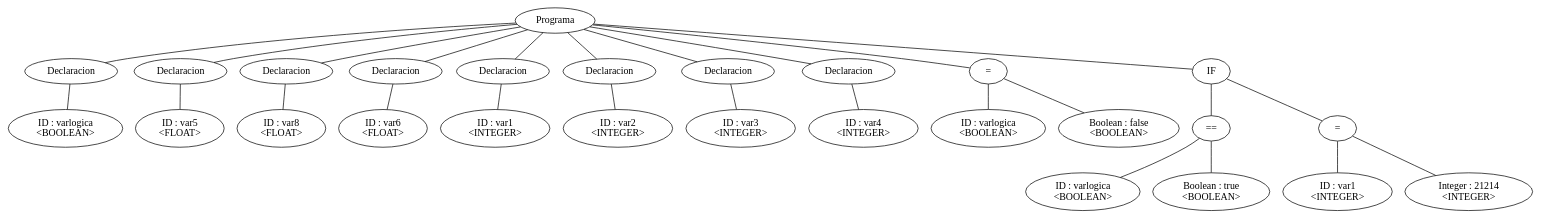
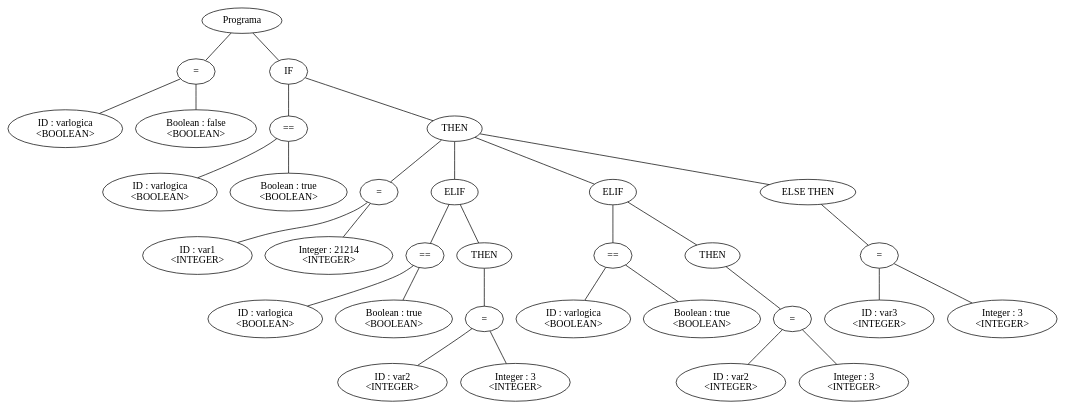
The diagram in arbol.dot (leandroprios/compilador), drawn with Graphviz before and after one commit. The commit also changed 23 other files, not shown here.

```diff
--- a/arbol.dot
+++ b/arbol.dot
@@ -1,54 +1,64 @@
-graph G {nodo_1540996359[label="Programa"]
-nodo_783619140[label="Declaracion"]
-nodo_1540996359--nodo_783619140
-nodo_1748420668[label="ID : varlogica\n<BOOLEAN>"]
-nodo_783619140--nodo_1748420668
-nodo_925627177[label="Declaracion"]
-nodo_1540996359--nodo_925627177
-nodo_554455374[label="ID : var5\n<FLOAT>"]
-nodo_925627177--nodo_554455374
-nodo_656238111[label="Declaracion"]
-nodo_1540996359--nodo_656238111
-nodo_2041851368[label="ID : var8\n<FLOAT>"]
-nodo_656238111--nodo_2041851368
-nodo_300821324[label="Declaracion"]
-nodo_1540996359--nodo_300821324
-nodo_1386978846[label="ID : var6\n<FLOAT>"]
-nodo_300821324--nodo_1386978846
-nodo_516564938[label="Declaracion"]
-nodo_1540996359--nodo_516564938
-nodo_1187615382[label="ID : var1\n<INTEGER>"]
-nodo_516564938--nodo_1187615382
-nodo_647853384[label="Declaracion"]
-nodo_1540996359--nodo_647853384
-nodo_684213483[label="ID : var2\n<INTEGER>"]
-nodo_647853384--nodo_684213483
-nodo_1735639631[label="Declaracion"]
-nodo_1540996359--nodo_1735639631
-nodo_1839509781[label="ID : var3\n<INTEGER>"]
-nodo_1735639631--nodo_1839509781
-nodo_543076060[label="Declaracion"]
-nodo_1540996359--nodo_543076060
-nodo_1255889184[label="ID : var4\n<INTEGER>"]
-nodo_543076060--nodo_1255889184
-nodo_860064654[label="="]
-nodo_1540996359--nodo_860064654
-nodo_2074585322[label="ID : varlogica\n<BOOLEAN>"]
-nodo_860064654--nodo_2074585322
-nodo_777699596[label="Boolean : false\n<BOOLEAN>"]
-nodo_860064654--nodo_777699596
-nodo_1054384062[label="IF"]
-nodo_1540996359--nodo_1054384062
-nodo_292060176[label="=="]
-nodo_1054384062--nodo_292060176
-nodo_1473148463[label="ID : varlogica\n<BOOLEAN>"]
-nodo_292060176--nodo_1473148463
-nodo_803512187[label="Boolean : true\n<BOOLEAN>"]
-nodo_292060176--nodo_803512187
-nodo_1429979222[label="="]
-nodo_1054384062--nodo_1429979222
-nodo_123846173[label="ID : var1\n<INTEGER>"]
-nodo_1429979222--nodo_123846173
-nodo_599449552[label="Integer : 21214\n<INTEGER>"]
-nodo_1429979222--nodo_599449552
+graph G {nodo_1166892990[label="Programa"]
+nodo_166517308[label="="]
+nodo_1166892990--nodo_166517308
+nodo_119534261[label="ID : varlogica\n<BOOLEAN>"]
+nodo_166517308--nodo_119534261
+nodo_2046957709[label="Boolean : false\n<BOOLEAN>"]
+nodo_166517308--nodo_2046957709
+nodo_1440598236[label="IF"]
+nodo_1166892990--nodo_1440598236
+nodo_982504801[label="=="]
+nodo_1440598236--nodo_982504801
+nodo_1123881695[label="ID : varlogica\n<BOOLEAN>"]
+nodo_982504801--nodo_1123881695
+nodo_676441213[label="Boolean : true\n<BOOLEAN>"]
+nodo_982504801--nodo_676441213
+nodo_2041047019[label="THEN"]
+nodo_1440598236--nodo_2041047019
+nodo_1460789569[label="="]
+nodo_2041047019--nodo_1460789569
+nodo_2110814870[label="ID : var1\n<INTEGER>"]
+nodo_1460789569--nodo_2110814870
+nodo_1481048853[label="Integer : 21214\n<INTEGER>"]
+nodo_1460789569--nodo_1481048853
+nodo_1140408220[label="ELIF"]
+nodo_2041047019--nodo_1140408220
+nodo_465225035[label="=="]
+nodo_1140408220--nodo_465225035
+nodo_1698695264[label="ID : varlogica\n<BOOLEAN>"]
+nodo_465225035--nodo_1698695264
+nodo_100655222[label="Boolean : true\n<BOOLEAN>"]
+nodo_465225035--nodo_100655222
+nodo_1515893840[label="THEN"]
+nodo_1140408220--nodo_1515893840
+nodo_1110255282[label="="]
+nodo_1515893840--nodo_1110255282
+nodo_667624863[label="ID : var2\n<INTEGER>"]
+nodo_1110255282--nodo_667624863
+nodo_1573756224[label="Integer : 3\n<INTEGER>"]
+nodo_1110255282--nodo_1573756224
+nodo_1399281689[label="ELIF"]
+nodo_2041047019--nodo_1399281689
+nodo_2018835569[label="=="]
+nodo_1399281689--nodo_2018835569
+nodo_105761081[label="ID : varlogica\n<BOOLEAN>"]
+nodo_2018835569--nodo_105761081
+nodo_928736045[label="Boolean : true\n<BOOLEAN>"]
+nodo_2018835569--nodo_928736045
+nodo_1873780783[label="THEN"]
+nodo_1399281689--nodo_1873780783
+nodo_33397400[label="="]
+nodo_1873780783--nodo_33397400
+nodo_1762762655[label="ID : var2\n<INTEGER>"]
+nodo_33397400--nodo_1762762655
+nodo_88066971[label="Integer : 3\n<INTEGER>"]
+nodo_33397400--nodo_88066971
+nodo_1809462523[label="ELSE THEN"]
+nodo_2041047019--nodo_1809462523
+nodo_470289330[label="="]
+nodo_1809462523--nodo_470289330
+nodo_2038465227[label="ID : var3\n<INTEGER>"]
+nodo_470289330--nodo_2038465227
+nodo_43580787[label="Integer : 3\n<INTEGER>"]
+nodo_470289330--nodo_43580787
 }
```
